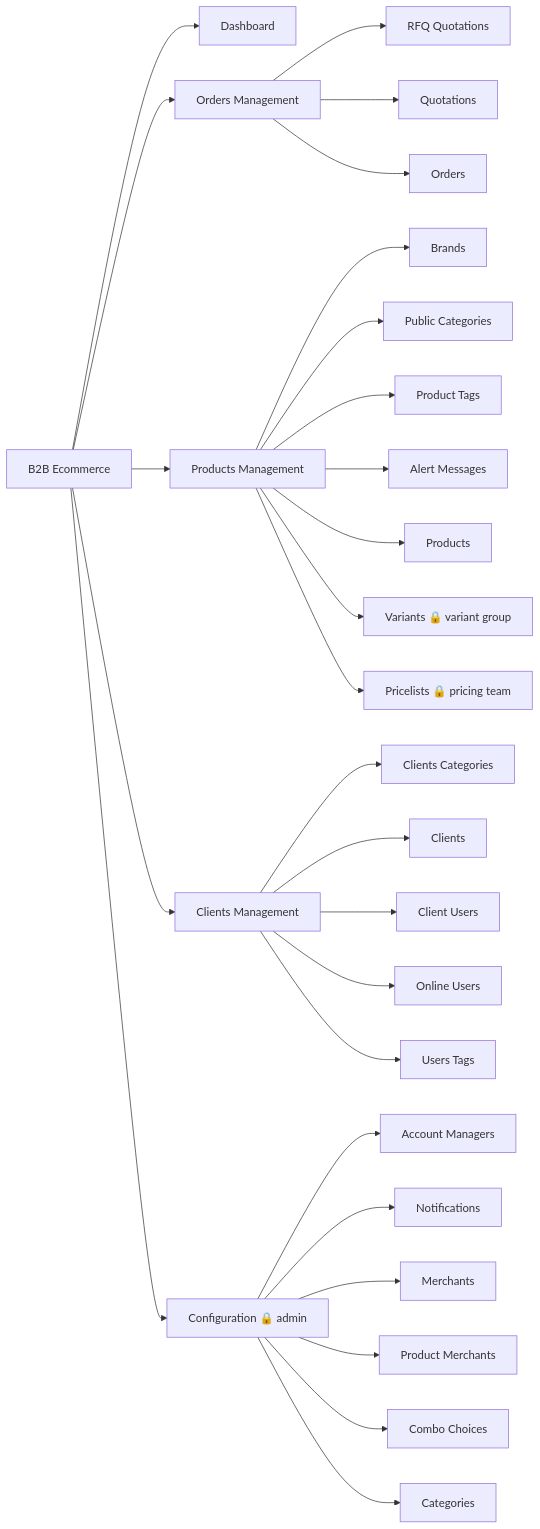
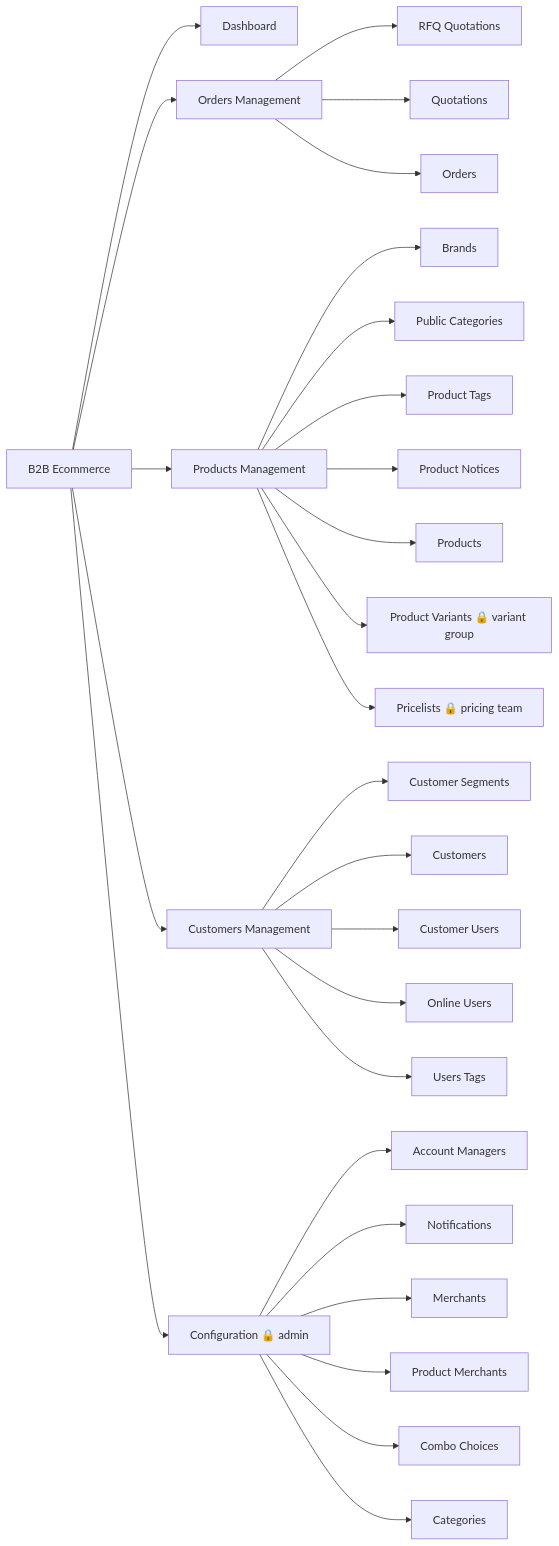
One commit to LaplaceSoftware/lp_projects_docs changed the first of 8 diagrams in docs/b2b_ecommerce_docs/_technical_docs/011-Navigation-and-User-Journeys.md. Above: the diagram before and after it, drawn with Mermaid. The commit also changed other lines of this file and 48 other files, not shown here.

````diff
--- a/docs/b2b_ecommerce_docs/_technical_docs/011-Navigation-and-User-Journeys.md
+++ b/docs/b2b_ecommerce_docs/_technical_docs/011-Navigation-and-User-Journeys.md
@@ -10,33 +10,33 @@
 ```mermaid
 flowchart LR
     R["B2B Ecommerce"] --> D["Dashboard"]
     R --> O["Orders Management"]
     R --> P["Products Management"]
-    R --> C["Clients Management"]
+    R --> C["Customers Management"]
     R --> CF["Configuration 🔒 admin"]
 
     O --> O1["RFQ Quotations"]
     O --> O2["Quotations"]
     O --> O3["Orders"]
 
     P --> P1["Brands"]
     P --> P2["Public Categories"]
     P --> P3["Product Tags"]
-    P --> P4["Alert Messages"]
+    P --> P4["Product Notices"]
     P --> P5["Products"]
-    P --> P6["Variants 🔒 variant group"]
+    P --> P6["Product Variants 🔒 variant group"]
     P --> P7["Pricelists 🔒 pricing team"]
 
-    C --> C1["Clients Categories"]
-    C --> C2["Clients"]
-    C --> C3["Client Users"]
+    C --> C1["Customer Segments"]
+    C --> C2["Customers"]
+    C --> C3["Customer Users"]
     C --> C4["Online Users"]
     C --> C5["Users Tags"]
 
     CF --> F1["Account Managers"]
     CF --> F2["Notifications"]
     CF --> F3["Merchants"]
     CF --> F4["Product Merchants"]
     CF --> F5["Combo Choices"]
     CF --> F6["Categories"]
 ```
````
